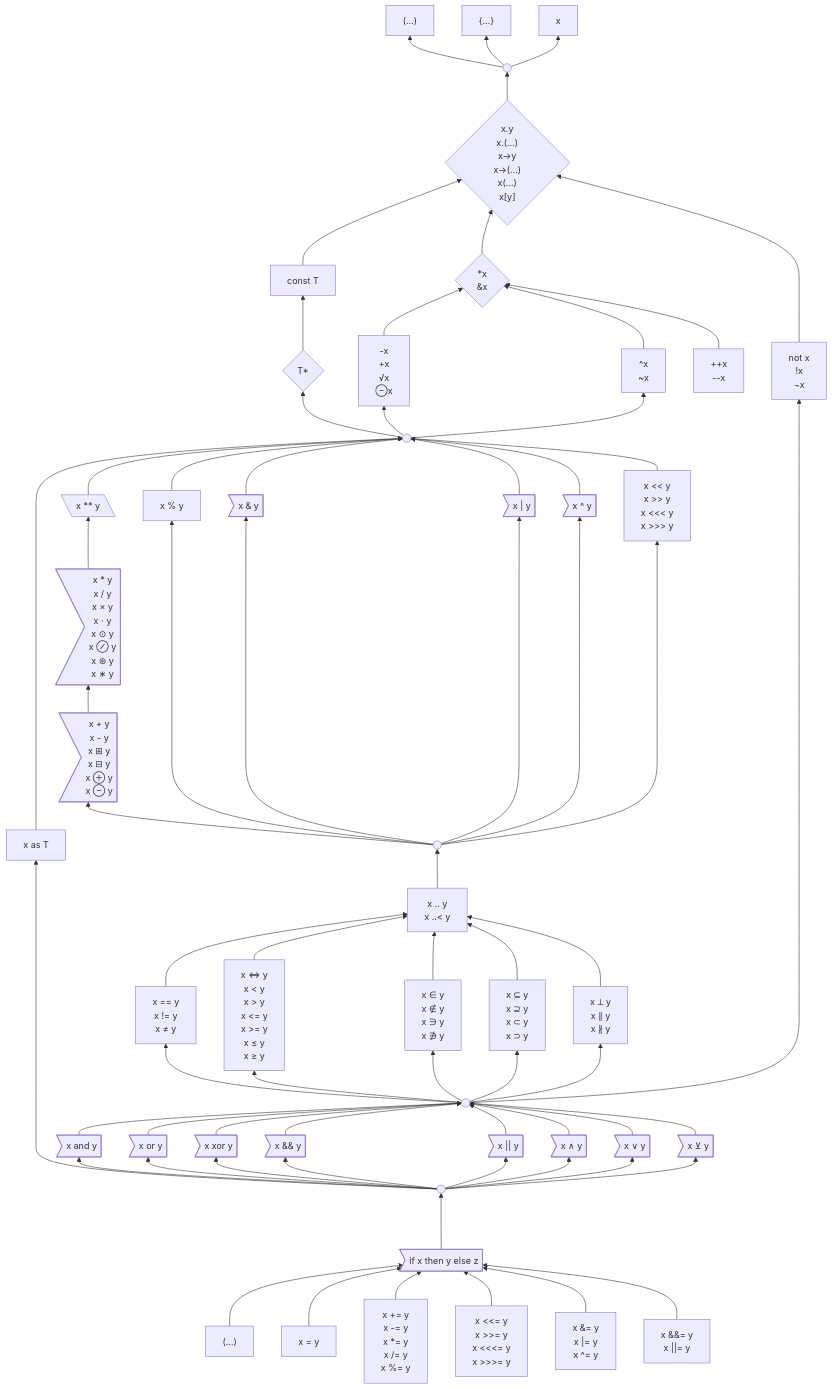
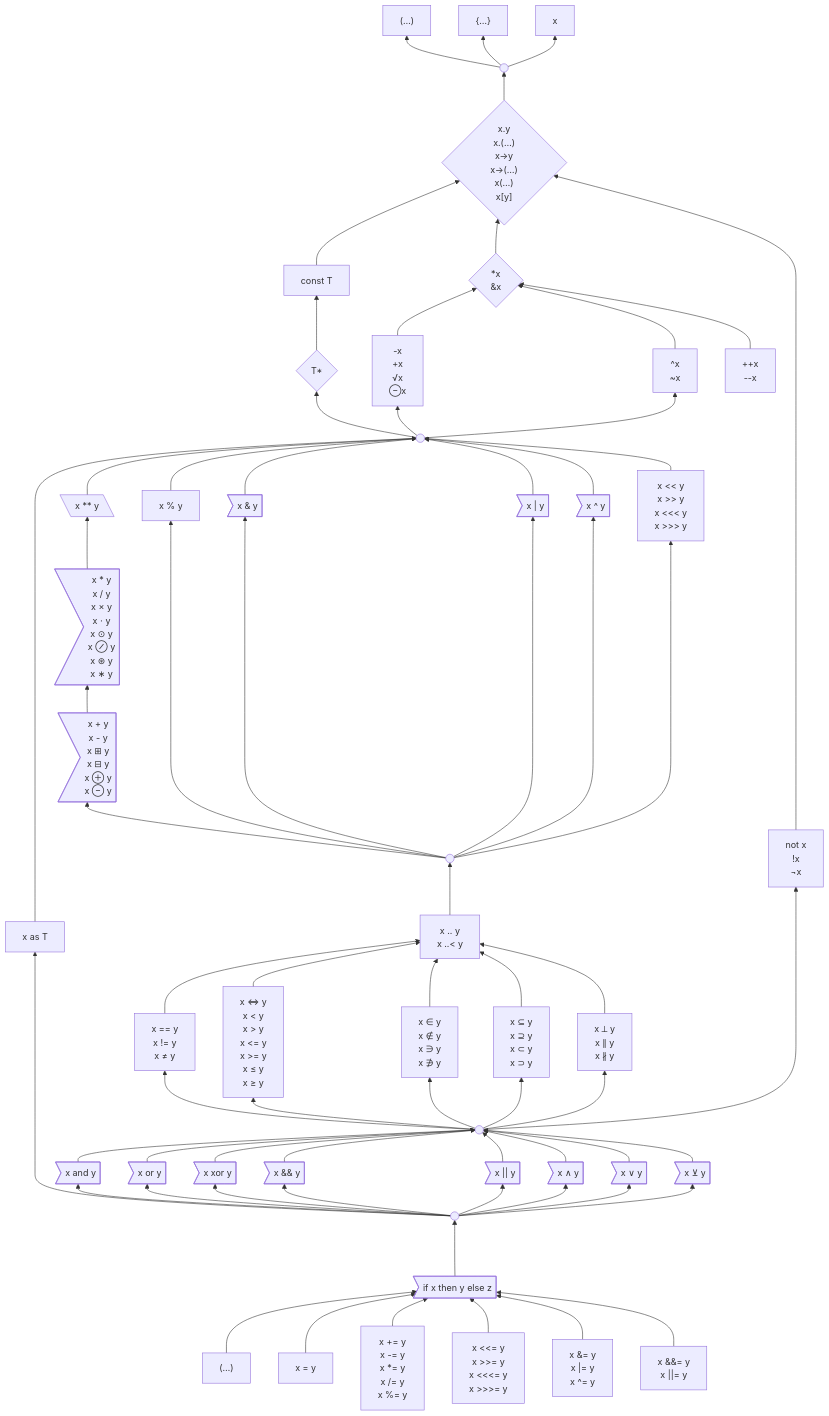
The first of 3 diagrams in 6 .../2 Unfinished Ideas.md (laro/Cilia), drawn with Mermaid before and after one commit.

Commit message:
Update 2 Unfinished Ideas.md

```diff
--- a/6 .../2 Unfinished Ideas.md
+++ b/6 .../2 Unfinished Ideas.md
@@ -201,7 +201,7 @@
 
 
     %% `as` at the same level as comparisons
-    as -----> unary
+    as ------> unary
     as["x as T"]
 
     power & modulo & bitwiseAnd & bitwiseOr & bitwiseXor & shiftRotate --> unary
@@ -266,7 +266,7 @@
               x ∦ y"]
 
     %% Use a longer arrow here to put `not` next to other unary operators
-    not ---> suffixOps
+    not --------> suffixOps
     not["not x
          !x
          ¬x"]
```
